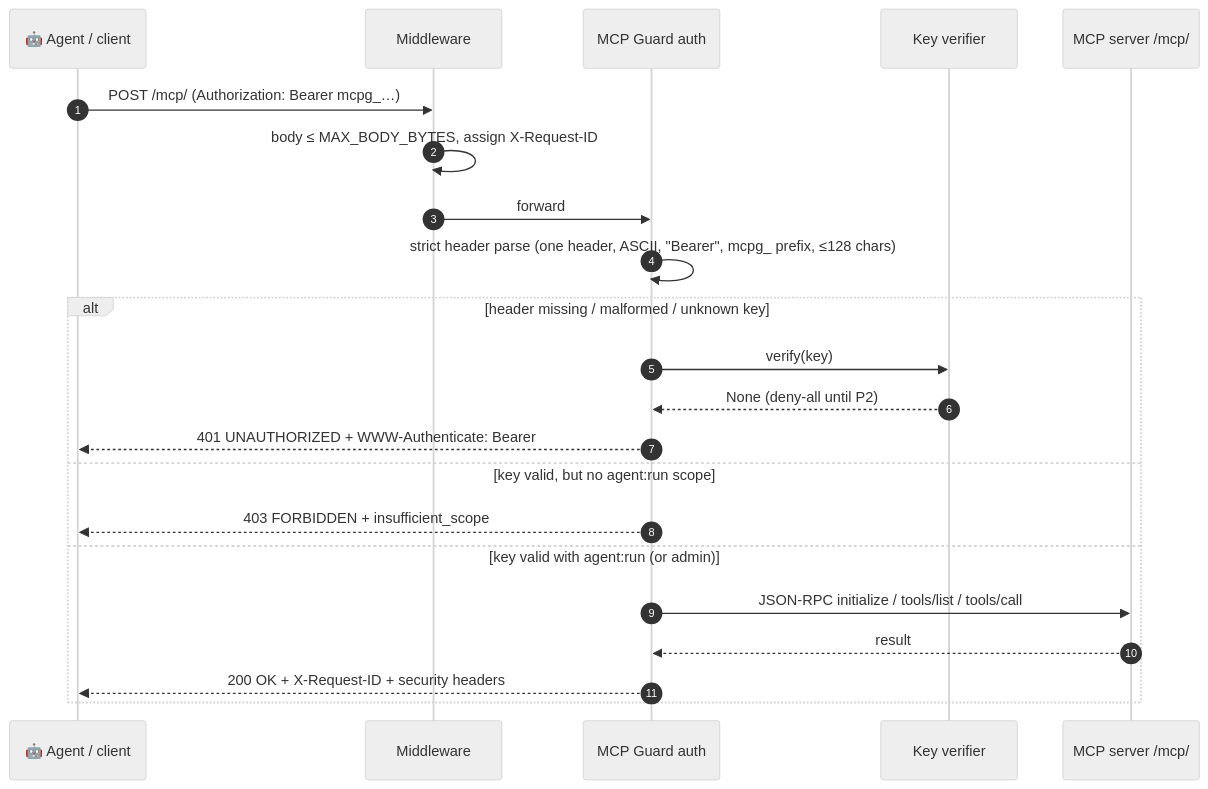
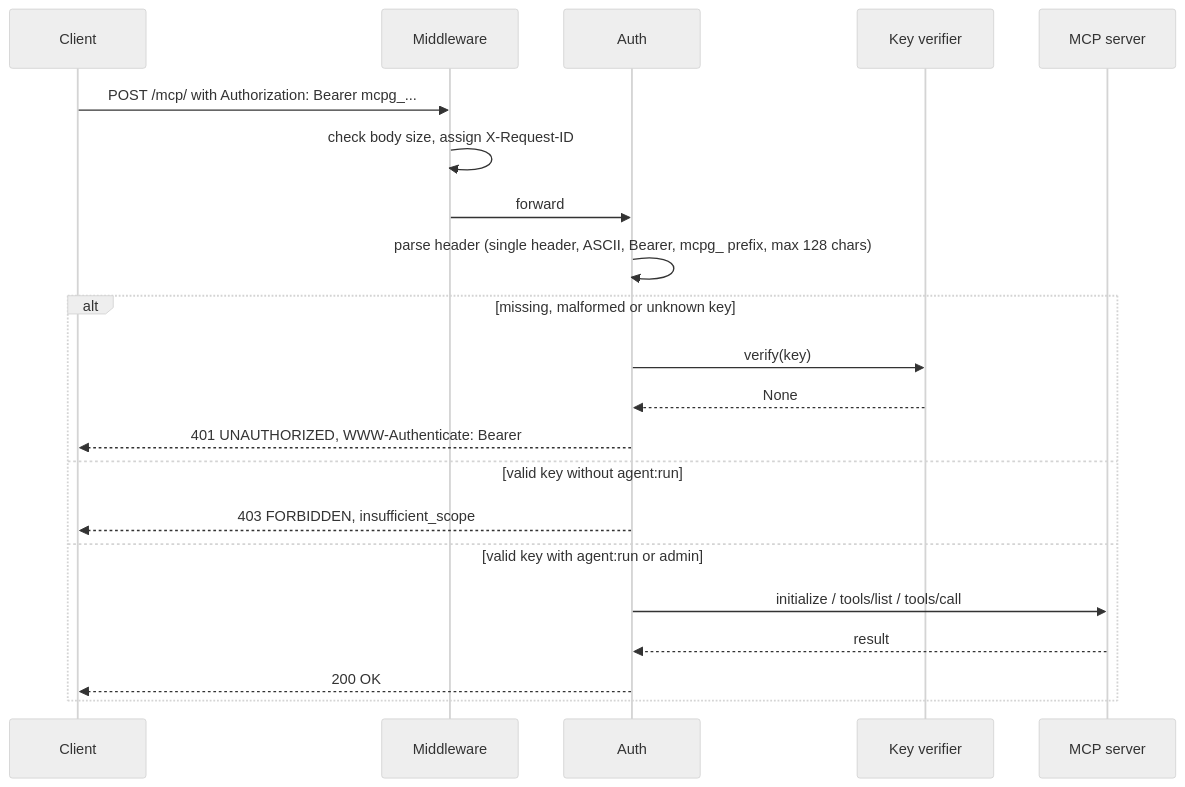
Before and after one commit to aneek22112007-tech/mcp-a2a-secure: the second of 3 diagrams in README.md, drawn with Mermaid (neutral theme). The commit also changed other lines of this file and 1 other file, not shown here.

Commit message:
docs: simplify README tone, remove roadmap and emojis

````diff
--- a/README.md
+++ b/README.md
@@ -156,25 +81,24 @@
 ```mermaid
 sequenceDiagram
-    autonumber
-    participant A as 🤖 Agent / client
+    participant C as Client
     participant M as Middleware
-    participant G as MCP Guard auth
+    participant G as Auth
     participant V as Key verifier
-    participant S as MCP server /mcp/
+    participant S as MCP server
 
-    A->>M: POST /mcp/ (Authorization: Bearer mcpg_…)
-    M->>M: body ≤ MAX_BODY_BYTES, assign X-Request-ID
+    C->>M: POST /mcp/ with Authorization: Bearer mcpg_...
+    M->>M: check body size, assign X-Request-ID
     M->>G: forward
-    G->>G: strict header parse (one header, ASCII, "Bearer", mcpg_ prefix, ≤128 chars)
-    alt header missing / malformed / unknown key
+    G->>G: parse header (single header, ASCII, Bearer, mcpg_ prefix, max 128 chars)
+    alt missing, malformed or unknown key
         G->>V: verify(key)
-        V-->>G: None (deny-all until P2)
-        G-->>A: 401 UNAUTHORIZED + WWW-Authenticate: Bearer
-    else key valid, but no agent:run scope
-        G-->>A: 403 FORBIDDEN + insufficient_scope
-    else key valid with agent:run (or admin)
-        G->>S: JSON-RPC initialize / tools/list / tools/call
+        V-->>G: None
+        G-->>C: 401 UNAUTHORIZED, WWW-Authenticate: Bearer
+    else valid key without agent:run
+        G-->>C: 403 FORBIDDEN, insufficient_scope
+    else valid key with agent:run or admin
+        G->>S: initialize / tools/list / tools/call
         S-->>G: result
-        G-->>A: 200 OK + X-Request-ID + security headers
+        G-->>C: 200 OK
     end
 ```
````
